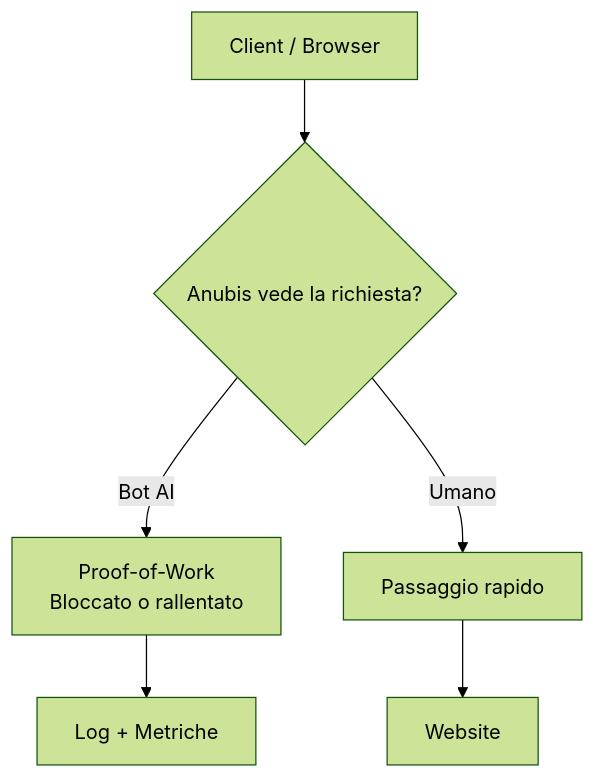
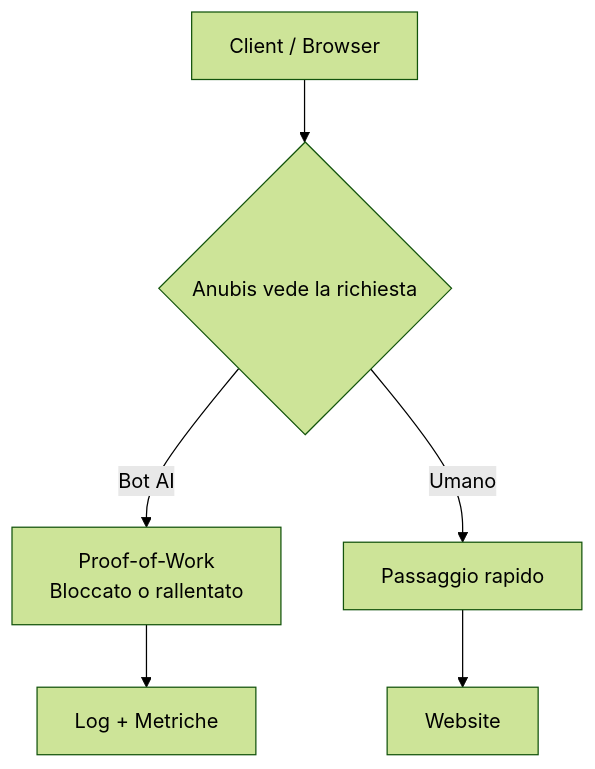
One commit to hiimjack/hiimjack.github.io changed the first of 2 diagrams in src/content/projects/pages/001.it.md. Above: the diagram before and after it, drawn with Mermaid (forest theme). The commit also changed other lines of this file, not shown here.

```diff
--- a/src/content/projects/pages/001.it.md
+++ b/src/content/projects/pages/001.it.md
@@ -47,8 +47,8 @@
 {{< mermaid >}}
 flowchart TD
-A[Client / Browser] --> B{Anubis vede la richiesta?}
+A[Client / Browser] --> B{Anubis vede la richiesta}
 B -->|Bot AI| C[Proof-of-Work<br/>Bloccato o rallentato]
 B -->|Umano| D[Passaggio rapido]
 C --> F[Log + Metriche]
 D --> E[Website]
 {{< /mermaid >}}
```
